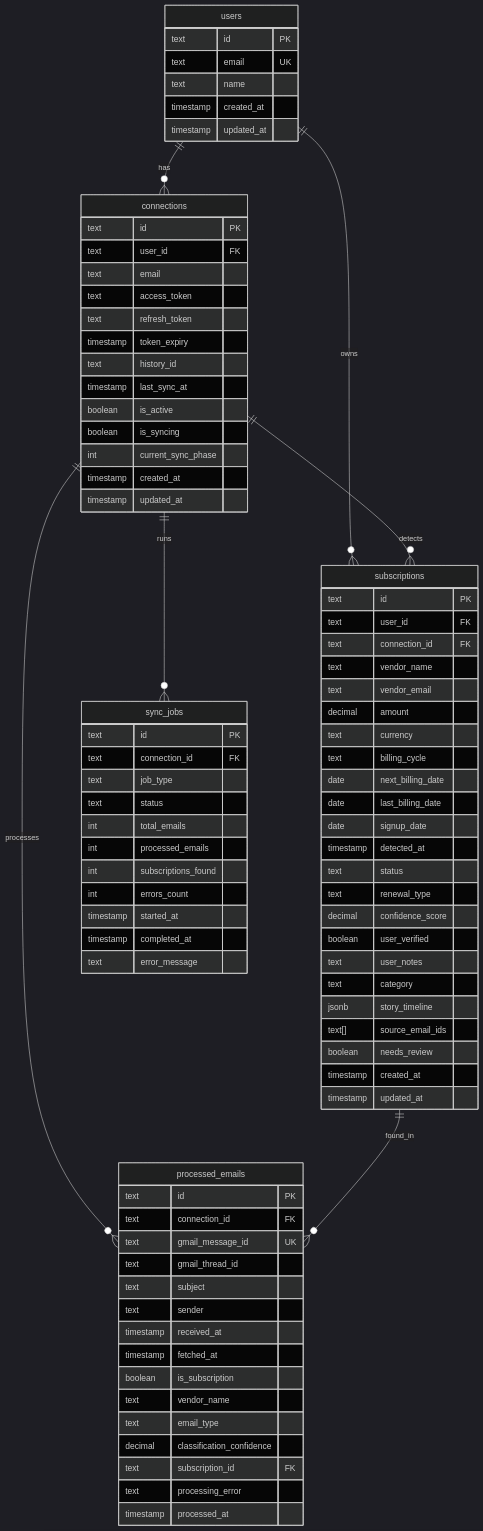
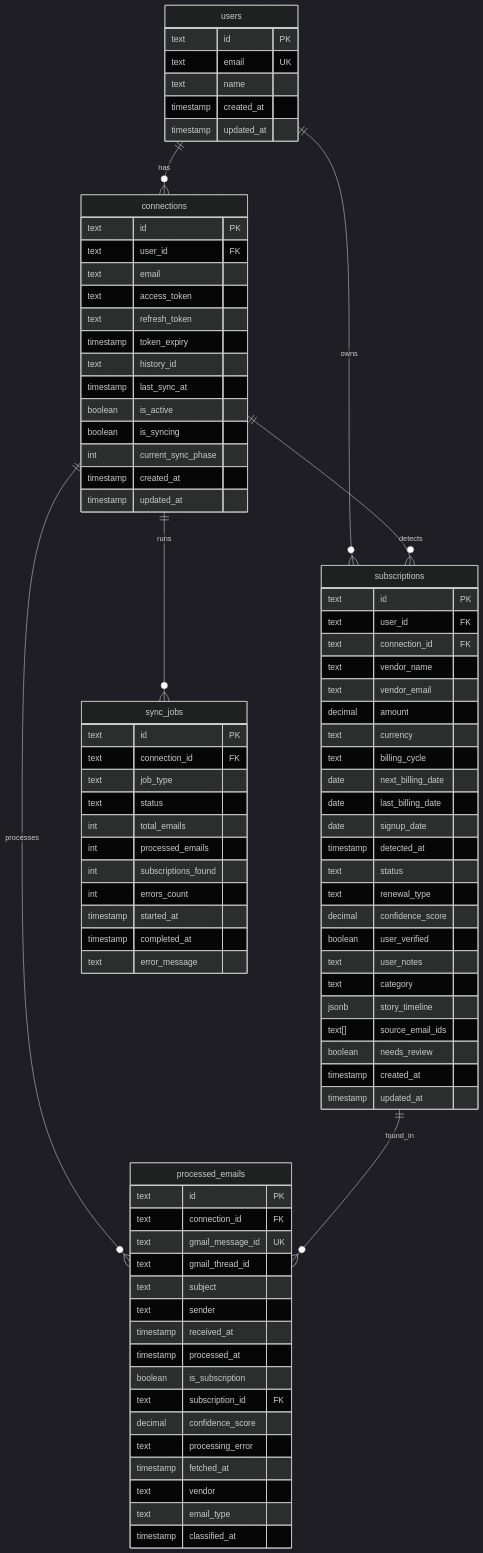
The diagram in docs/architecture/schema-diagram.md (rohanluthra13/subscriptions), drawn with Mermaid (dark theme) before and after one commit. The commit also changed other lines of this file and 7 other files, not shown here.

```diff
--- a/docs/architecture/schema-diagram.md
+++ b/docs/architecture/schema-diagram.md
@@ -62,14 +62,15 @@
         text subject
         text sender
         timestamp received_at
+        timestamp processed_at
+        boolean is_subscription
+        text subscription_id FK
+        decimal confidence_score
+        text processing_error
         timestamp fetched_at
-        boolean is_subscription
-        text vendor_name
+        text vendor
         text email_type
-        decimal classification_confidence
-        text subscription_id FK
-        text processing_error
-        timestamp processed_at
+        timestamp classified_at
     }
 
     sync_jobs {
```
